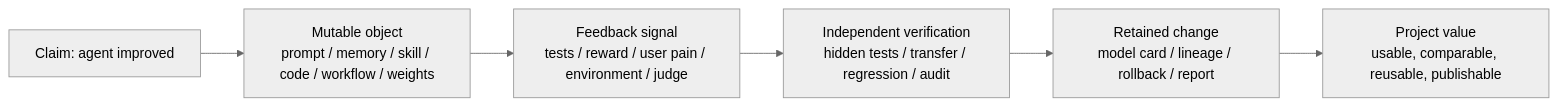
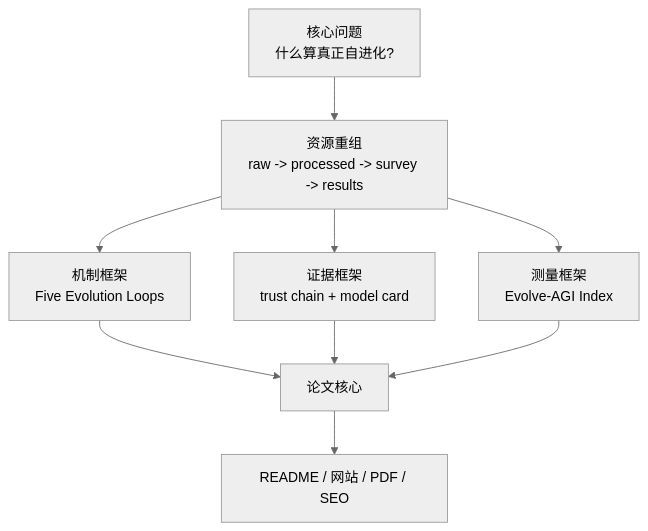
One commit to Shiyao-Huang/awesome-agent-evolution changed the second of 2 diagrams in README-ZH.md. Above: the diagram before and after it, drawn with Mermaid (neutral theme). The commit also changed other lines of this file and 18 other files, not shown here.

````diff
--- a/README-ZH.md
+++ b/README-ZH.md
@@ -33,8 +93,11 @@
 ```mermaid
-flowchart LR
-  C["Claim: agent improved"] --> O["Mutable object<br/>prompt / memory / skill / code / workflow / weights"]
-  O --> F["Feedback signal<br/>tests / reward / user pain / environment / judge"]
-  F --> V["Independent verification<br/>hidden tests / transfer / regression / audit"]
-  V --> R["Retained change<br/>model card / lineage / rollback / report"]
-  R --> P["Project value<br/>usable, comparable, reusable, publishable"]
+flowchart TB
+  Q["核心问题<br/>什么算真正自进化?"] --> A["资源重组<br/>raw -> processed -> survey -> results"]
+  A --> B["机制框架<br/>Five Evolution Loops"]
+  A --> C["证据框架<br/>trust chain + model card"]
+  A --> D["测量框架<br/>Evolve-AGI Index"]
+  B --> P["论文核心"]
+  C --> P
+  D --> P
+  P --> R["README / 网站 / PDF / SEO"]
 ```
````
